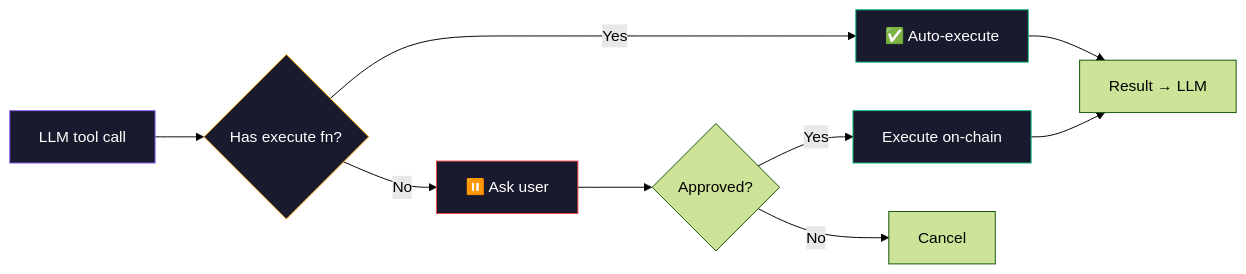
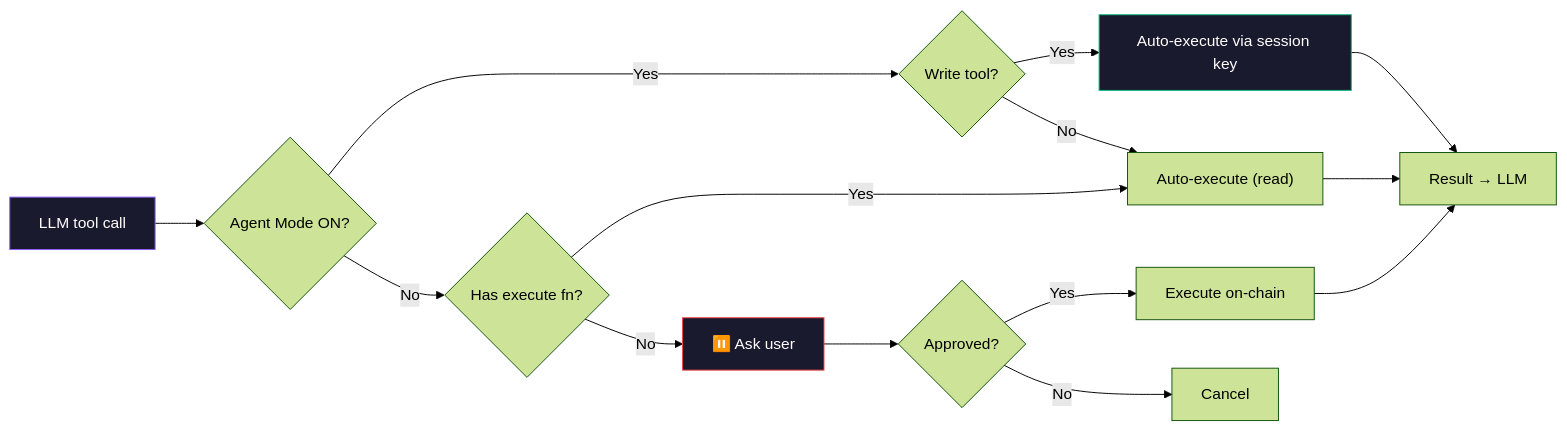
Before and after one commit to Hitman350/Dimensity: the fourth of 4 diagrams in README.md, drawn with Mermaid (forest theme). The commit also changed other lines of this file and 17 other files, not shown here.

````diff
--- a/README.md
+++ b/README.md
@@ -233,17 +292,20 @@
 ```mermaid
 flowchart LR
-    A["LLM tool call"] --> B{"Has execute fn?"}
-    B -->|"Yes"| C["✅ Auto-execute"]
-    B -->|"No"| D["⏸️ Ask user"]
-    D --> E{"Approved?"}
-    E -->|"Yes"| F["Execute on-chain"]
-    E -->|"No"| G["Cancel"]
-    C --> H["Result → LLM"]
-    F --> H
+    A["LLM tool call"] --> B{"Agent Mode ON?"}
+    B -->|"Yes"| C{"Write tool?"}
+    C -->|"Yes"| D["Auto-execute via session key"]
+    C -->|"No"| E["Auto-execute (read)"]
+    B -->|"No"| F{"Has execute fn?"}
+    F -->|"Yes"| E
+    F -->|"No"| G["⏸️ Ask user"]
+    G --> H{"Approved?"}
+    H -->|"Yes"| I["Execute on-chain"]
+    H -->|"No"| J["Cancel"]
+    D --> K["Result → LLM"]
+    E --> K
+    I --> K
 
     style A fill:#1a1a2e,stroke:#8B5CF6,color:#fff
-    style B fill:#1a1a2e,stroke:#F59E0B,color:#fff
-    style C fill:#1a1a2e,stroke:#10B981,color:#fff
-    style D fill:#1a1a2e,stroke:#EF4444,color:#fff
-    style F fill:#1a1a2e,stroke:#10B981,color:#fff
+    style D fill:#1a1a2e,stroke:#10B981,color:#fff
+    style G fill:#1a1a2e,stroke:#EF4444,color:#fff
 ```
````
